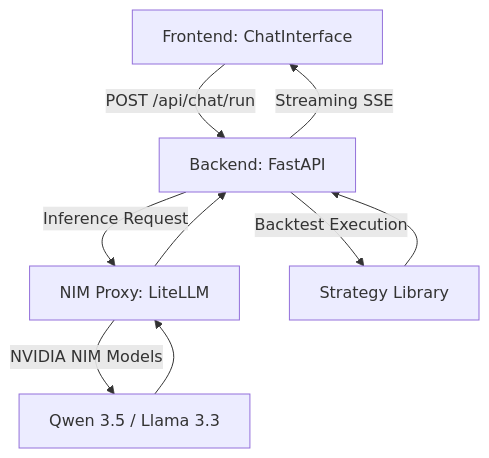
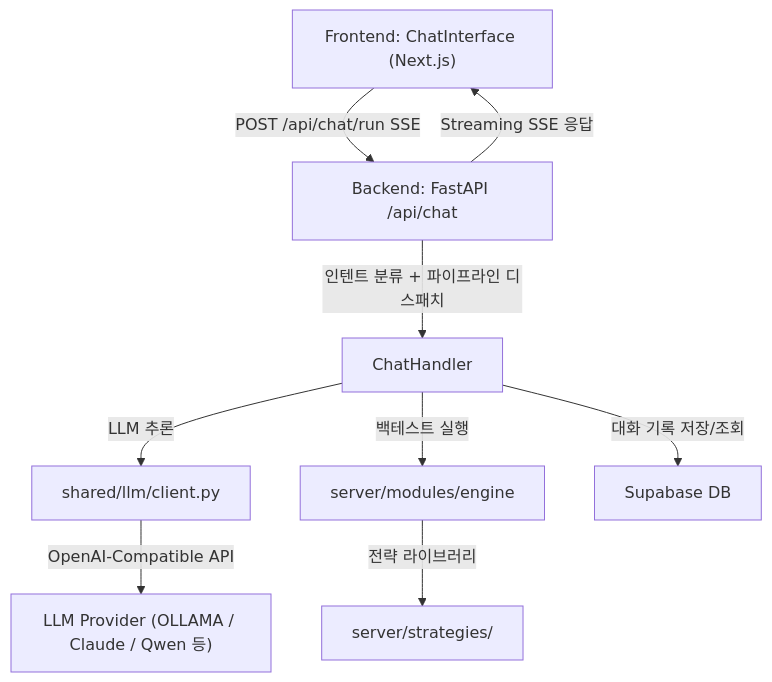
One commit to leeluse/trinity-chimera changed the first of 2 diagrams in wiki/obsidian/AI Chat Pipeline.md. Above: the diagram before and after it, drawn with Mermaid. The commit also changed other lines of this file and 185 other files, not shown here.

````diff
--- a/wiki/obsidian/AI Chat Pipeline.md
+++ b/wiki/obsidian/AI Chat Pipeline.md
@@ -7,11 +11,11 @@
 ```mermaid
 graph TD
-    A[Frontend: ChatInterface] -->|POST /api/chat/run| B[Backend: FastAPI]
-    B -->|Streaming SSE| A
-    B -->|Inference Request| C[NIM Proxy: LiteLLM]
-    C -->|NVIDIA NIM Models| D[Qwen 3.5 / Llama 3.3]
-    D --> C
-    C --> B
-    B -->|Backtest Execution| E[Strategy Library]
-    E --> B
+    A["Frontend: ChatInterface (Next.js)"] -->|"POST /api/chat/run SSE"| B["Backend: FastAPI /api/chat"]
+    B -->|"Streaming SSE 응답"| A
+    B -->|"인텐트 분류 + 파이프라인 디스패치"| C["ChatHandler"]
+    C -->|"LLM 추론"| D["shared/llm/client.py"]
+    D -->|"OpenAI-Compatible API"| E["LLM Provider (OLLAMA / Claude / Qwen 등)"]
+    C -->|"백테스트 실행"| F["server/modules/engine"]
+    C -->|"대화 기록 저장/조회"| G["Supabase DB"]
+    F -->|"전략 라이브러리"| H["server/strategies/"]
 ```
````
